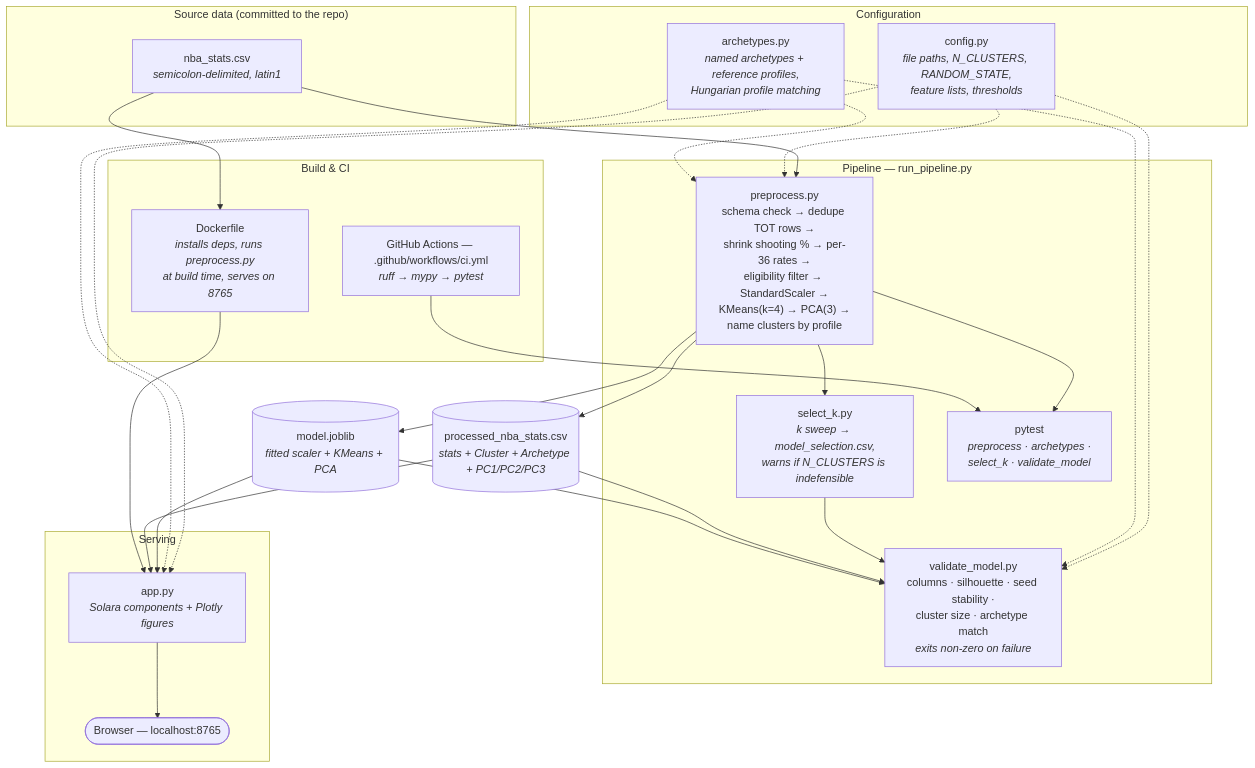
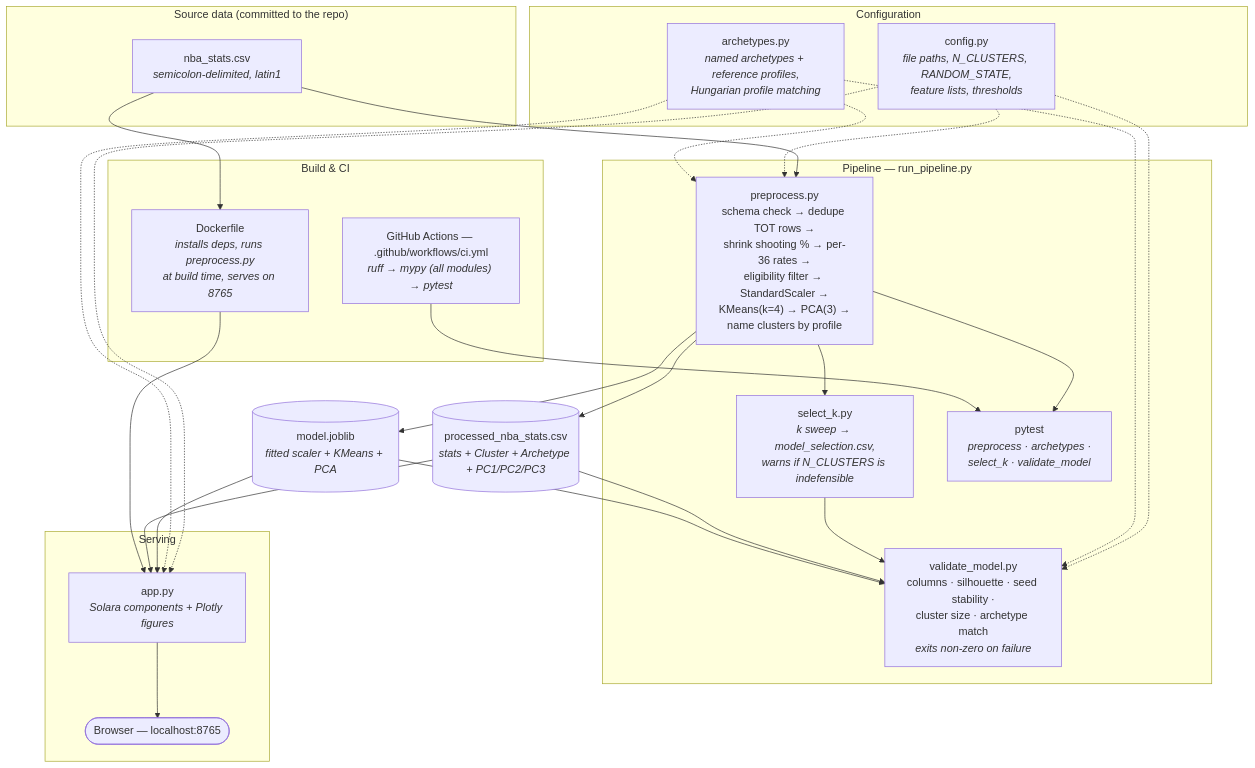
The diagram in README.md (thompgt/nba-player-clustering), drawn with Mermaid before and after one commit. The commit also changed other lines of this file and 6 other files, not shown here.

````diff
--- a/README.md
+++ b/README.md
@@ -29,52 +29,52 @@
 ```mermaid
 flowchart TD
     subgraph src["Source data (committed to the repo)"]
         RAW["nba_stats.csv<br/><i>semicolon-delimited, latin1</i>"]
     end
 
     subgraph cfg["Configuration"]
         CONFIG["config.py<br/><i>file paths, N_CLUSTERS, RANDOM_STATE,<br/>feature lists, thresholds</i>"]
         ARCH["archetypes.py<br/><i>named archetypes + reference profiles,<br/>Hungarian profile matching</i>"]
     end
 
     subgraph pipe["Pipeline — run_pipeline.py"]
         PRE["preprocess.py<br/>schema check → dedupe TOT rows →<br/>shrink shooting % → per-36 rates →<br/>eligibility filter → StandardScaler →<br/>KMeans(k=4) → PCA(3) →<br/>name clusters by profile"]
         SEL["select_k.py<br/><i>k sweep → model_selection.csv,<br/>warns if N_CLUSTERS is indefensible</i>"]
         VAL["validate_model.py<br/>columns · silhouette · seed stability ·<br/>cluster size · archetype match<br/><i>exits non-zero on failure</i>"]
         TEST["pytest<br/><i>preprocess · archetypes ·<br/>select_k · validate_model</i>"]
     end
 
     PROC[("processed_nba_stats.csv<br/><i>stats + Cluster + Archetype + PC1/PC2/PC3</i>")]
     MODEL[("model.joblib<br/><i>fitted scaler + KMeans + PCA</i>")]
 
     subgraph serve["Serving"]
         APP["app.py<br/><i>Solara components + Plotly figures</i>"]
         BROWSER(["Browser — localhost:8765"])
     end
 
     subgraph ops["Build & CI"]
         DOCKER["Dockerfile<br/><i>installs deps, runs preprocess.py<br/>at build time, serves on 8765</i>"]
-        CI["GitHub Actions — .github/workflows/ci.yml<br/><i>ruff → mypy → pytest</i>"]
+        CI["GitHub Actions — .github/workflows/ci.yml<br/><i>ruff → mypy (all modules) → pytest</i>"]
     end
 
     RAW --> PRE
     CONFIG -.-> PRE
     CONFIG -.-> VAL
     CONFIG -.-> APP
     ARCH -.-> PRE
     ARCH -.-> VAL
     ARCH -.-> APP
     PRE --> PROC
     PRE --> MODEL
     PRE --> SEL
     SEL --> VAL
     PROC --> VAL
     MODEL --> VAL
     MODEL --> APP
     PRE --> TEST
     PROC --> APP
     APP --> BROWSER
     RAW --> DOCKER
     DOCKER --> APP
     CI --> TEST
 ```
````
